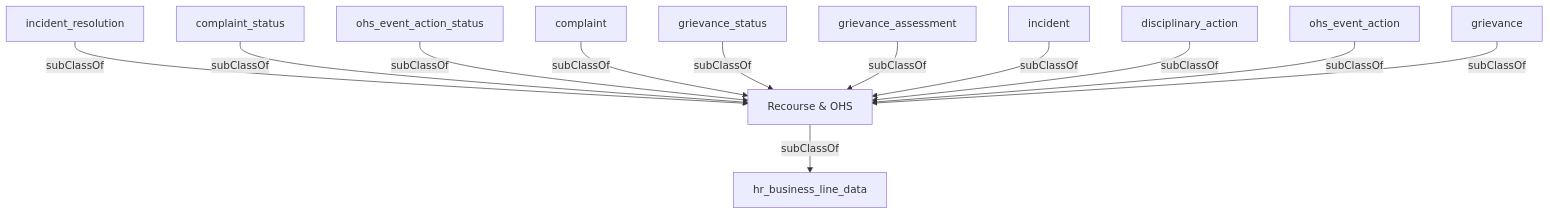
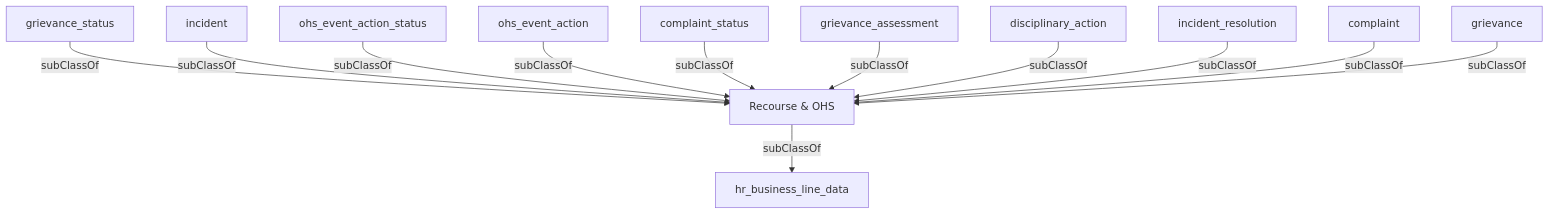
One commit to heidingaway/heidi2 changed the diagram in content/hr_data_model/area_recourse_ohs.md. Above: the diagram before and after it, drawn with Mermaid. The commit also changed other lines of this file and 350 other files, not shown here.

````diff
--- a/content/hr_data_model/area_recourse_ohs.md
+++ b/content/hr_data_model/area_recourse_ohs.md
@@ -37,26 +38,26 @@
 ```mermaid
 graph TD
   Recourse__OHS["Recourse & OHS"]:::current-page-node
   hr_business_line_data["hr_business_line_data"]
   complaint_status["complaint_status"]
   grievance_status["grievance_status"]
   incident_resolution["incident_resolution"]
   ohs_event_action_status["ohs_event_action_status"]
   grievance_assessment["grievance_assessment"]
   disciplinary_action["disciplinary_action"]
   incident["incident"]
   ohs_event_action["ohs_event_action"]
   complaint["complaint"]
   grievance["grievance"]
+  grievance_status-->|" subClassOf "|Recourse__OHS
+  incident-->|" subClassOf "|Recourse__OHS
+  ohs_event_action_status-->|" subClassOf "|Recourse__OHS
+  ohs_event_action-->|" subClassOf "|Recourse__OHS
+  complaint_status-->|" subClassOf "|Recourse__OHS
+  grievance_assessment-->|" subClassOf "|Recourse__OHS
+  disciplinary_action-->|" subClassOf "|Recourse__OHS
   incident_resolution-->|" subClassOf "|Recourse__OHS
-  complaint_status-->|" subClassOf "|Recourse__OHS
-  ohs_event_action_status-->|" subClassOf "|Recourse__OHS
   complaint-->|" subClassOf "|Recourse__OHS
-  grievance_status-->|" subClassOf "|Recourse__OHS
-  grievance_assessment-->|" subClassOf "|Recourse__OHS
-  incident-->|" subClassOf "|Recourse__OHS
-  disciplinary_action-->|" subClassOf "|Recourse__OHS
   Recourse__OHS-->|" subClassOf "|hr_business_line_data
-  ohs_event_action-->|" subClassOf "|Recourse__OHS
   grievance-->|" subClassOf "|Recourse__OHS
 ```
````
